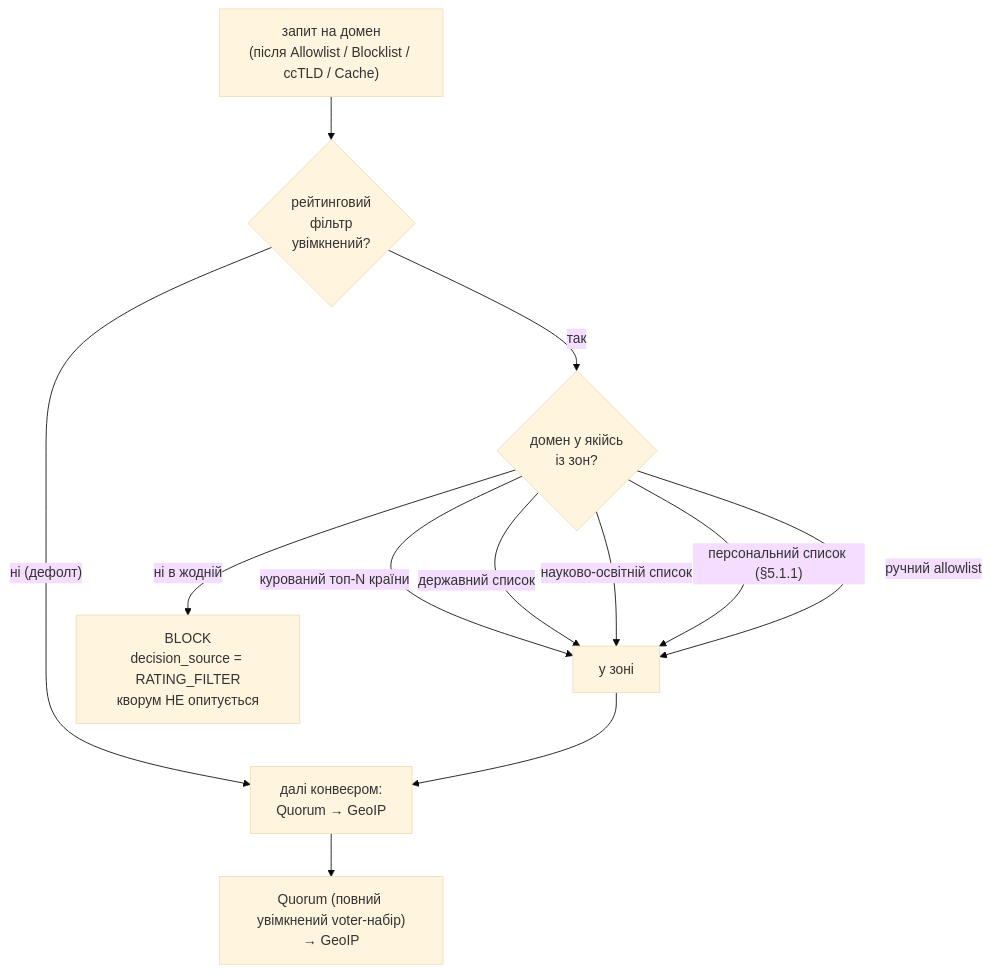
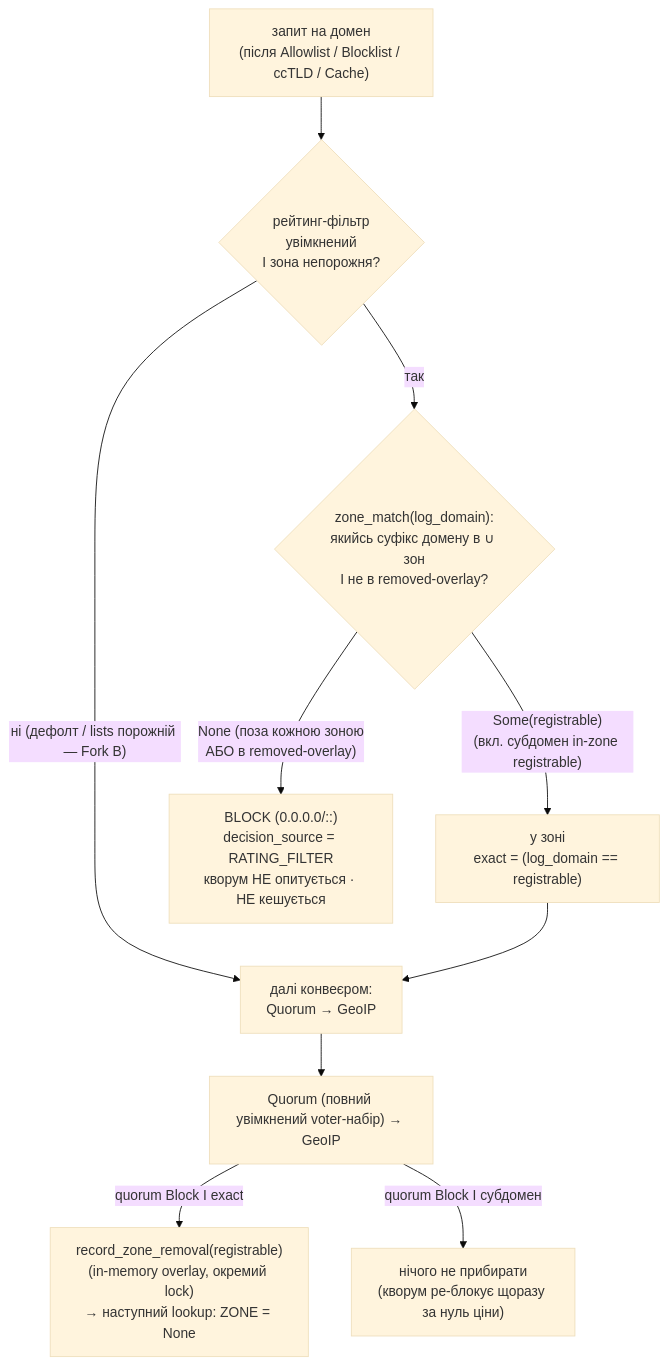
One commit to user137/dns-quorum-filter changed the diagram in diagrams/rating-filter.md. Above: the diagram before and after it, drawn with Mermaid (base theme). The commit also changed other lines of this file and 11 other files, not shown here.

````diff
--- a/diagrams/rating-filter.md
+++ b/diagrams/rating-filter.md
@@ -50,16 +53,14 @@
 ```mermaid
 flowchart TD
-    Q["запит на домен<br/>(після Allowlist / Blocklist / ccTLD / Cache)"] --> EN{"рейтинговий<br/>фільтр<br/>увімкнений?"}
-    EN -- "ні (дефолт)" --> PASS["далі конвеєром:<br/>Quorum → GeoIP"]
-    EN -- "так" --> ZONE{"домен у якійсь<br/>із зон?"}
+    Q["запит на домен<br/>(після Allowlist / Blocklist / ccTLD / Cache)"] --> EN{"рейтинг-фільтр<br/>увімкнений<br/>І зона непорожня?"}
+    EN -- "ні (дефолт / lists порожній — Fork B)" --> PASS["далі конвеєром:<br/>Quorum → GeoIP"]
+    EN -- "так" --> ZONE{"zone_match(log_domain):<br/>якийсь суфікс домену в ∪ зон<br/>І не в removed-overlay?"}
 
-    ZONE -- "курований топ-N країни" --> INZ
-    ZONE -- "державний список" --> INZ
-    ZONE -- "науково-освітній список" --> INZ
-    ZONE -- "персональний список (§5.1.1)" --> INZ
-    ZONE -- "ручний allowlist" --> INZ
-    ZONE -- "ні в жодній" --> OUT["BLOCK<br/>decision_source = RATING_FILTER<br/>кворум НЕ опитується"]
+    ZONE -- "Some(registrable)<br/>(вкл. субдомен in-zone registrable)" --> INZ["у зоні<br/>exact = (log_domain == registrable)"]
+    ZONE -- "None (поза кожною зоною<br/>АБО в removed-overlay)" --> OUT["BLOCK (0.0.0.0/::)<br/>decision_source = RATING_FILTER<br/>кворум НЕ опитується · НЕ кешується"]
 
-    INZ["у зоні"] --> PASS
-    PASS --> QUORUM["Quorum (повний увімкнений voter-набір)<br/>→ GeoIP"]
+    INZ --> PASS
+    PASS --> QUORUM["Quorum (повний увімкнений voter-набір) → GeoIP"]
+    QUORUM -- "quorum Block І exact" --> RM["record_zone_removal(registrable)<br/>(in-memory overlay, окремий lock)<br/>→ наступний lookup: ZONE = None"]
+    QUORUM -- "quorum Block І субдомен" --> NOOP["нічого не прибирати<br/>(кворум ре-блокує щоразу за нуль ціни)"]
 ```
````
